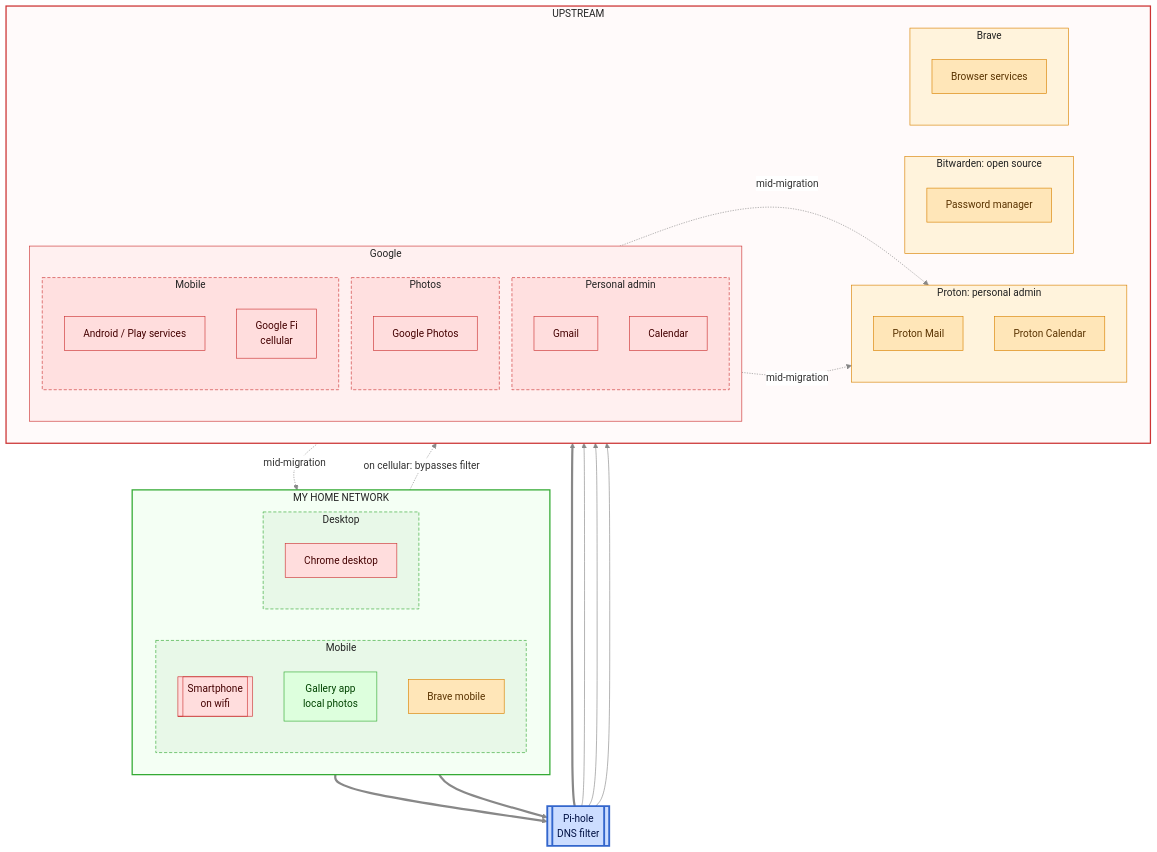
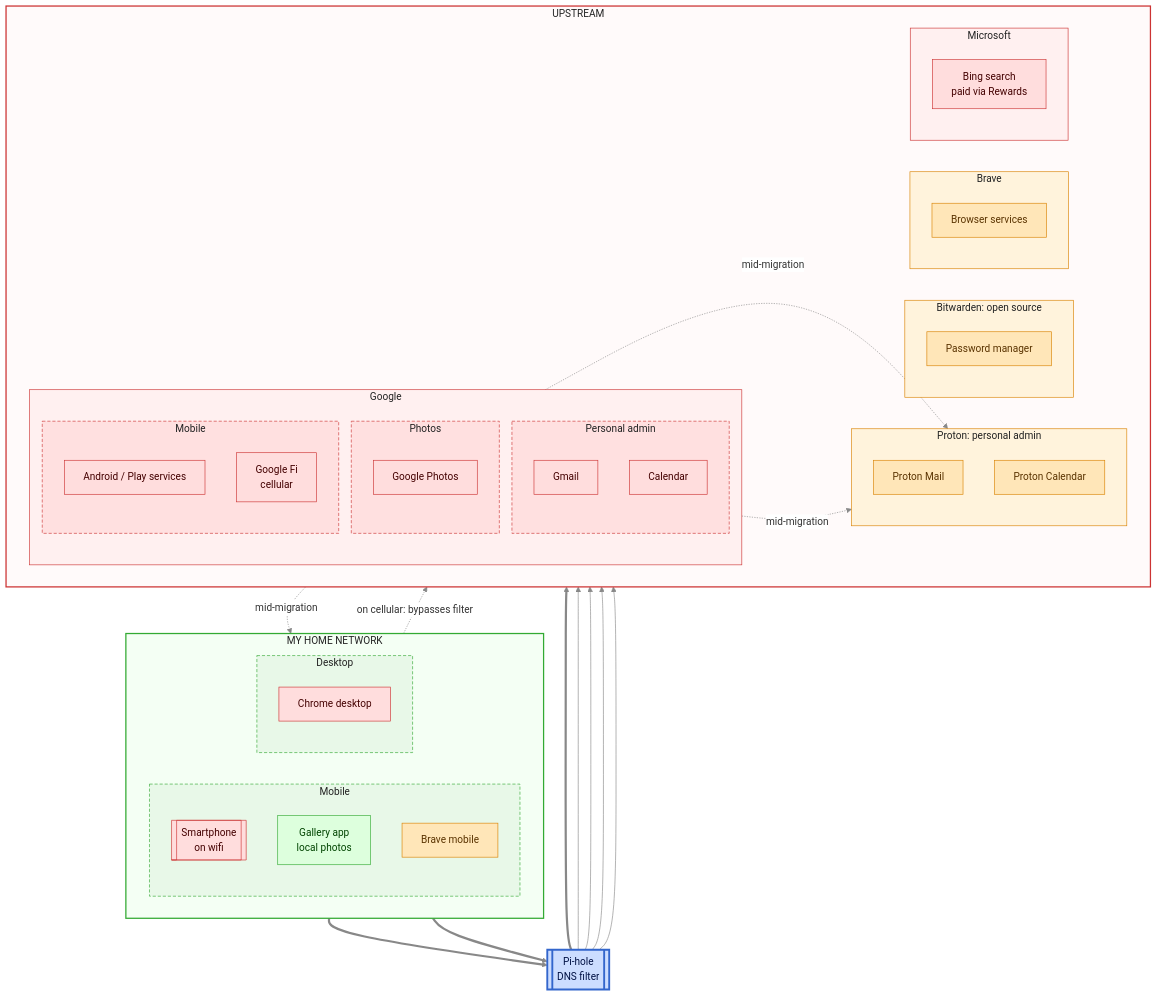
The fourth of 5 diagrams in README.md (lowlydba/torch-the-tech), drawn with Mermaid before and after one commit. The commit also changed other lines of this file, not shown here.

Commit message:
Add Bing, remove notes

````diff
--- a/README.md
+++ b/README.md
@@ -296,6 +296,10 @@
         subgraph brave["Brave"]
             bravecloud[Browser services]
         end
+
+        subgraph msft["Microsoft"]
+            bing[Bing search<br/>paid via Rewards]
+        end
     end
 
     h_mobile ==> pihole
@@ -304,6 +308,7 @@
     pihole --> proton
     pihole --> bitwarden
     pihole --> brave
+    pihole --> msft
 
     pixel -. "on cellular: bypasses filter" .-> fi
     gmail -. "mid-migration" .-> pmail
@@ -314,7 +319,7 @@
     classDef self fill:#dfd,stroke:#3a3,color:#040
     classDef gate fill:#cdf,stroke:#36c,stroke-width:3px,color:#014
     classDef hosted fill:#ffe6b8,stroke:#d98200,color:#5a3300
-    class gmail,gcal,gapps,fi,gphotos,chrome big
+    class gmail,gcal,gapps,fi,gphotos,chrome,bing big
     class pmail,pcal,bw,bravecloud,brave_m hosted
     class gallery self
     class pixel big
@@ -329,5 +334,6 @@
     style proton fill:#fff3dc,stroke:#d98200,color:#222
     style bitwarden fill:#fff3dc,stroke:#d98200,color:#222
     style brave fill:#fff3dc,stroke:#d98200,color:#222
+    style msft fill:#fff0f0,stroke:#c33,color:#222
     style g_photos fill:#ffe0e0,stroke:#c33,stroke-dasharray: 5 3,color:#222
 ```
````
